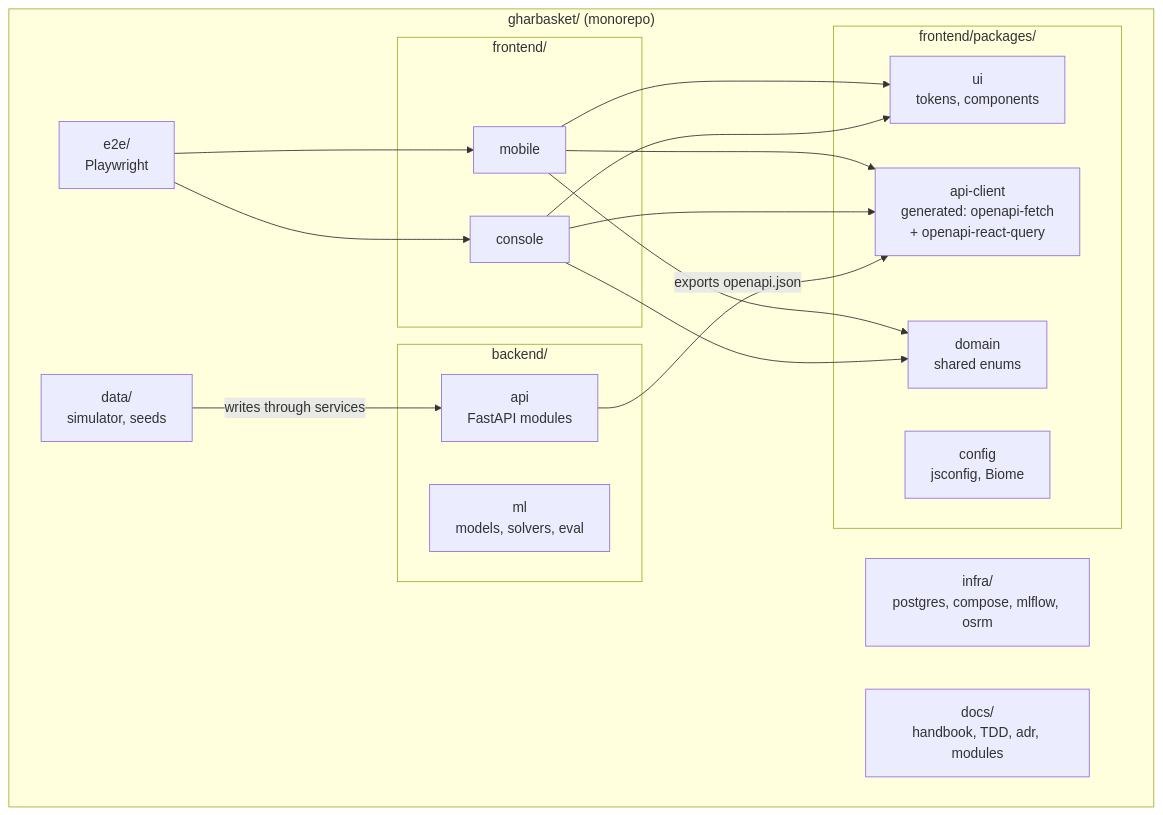
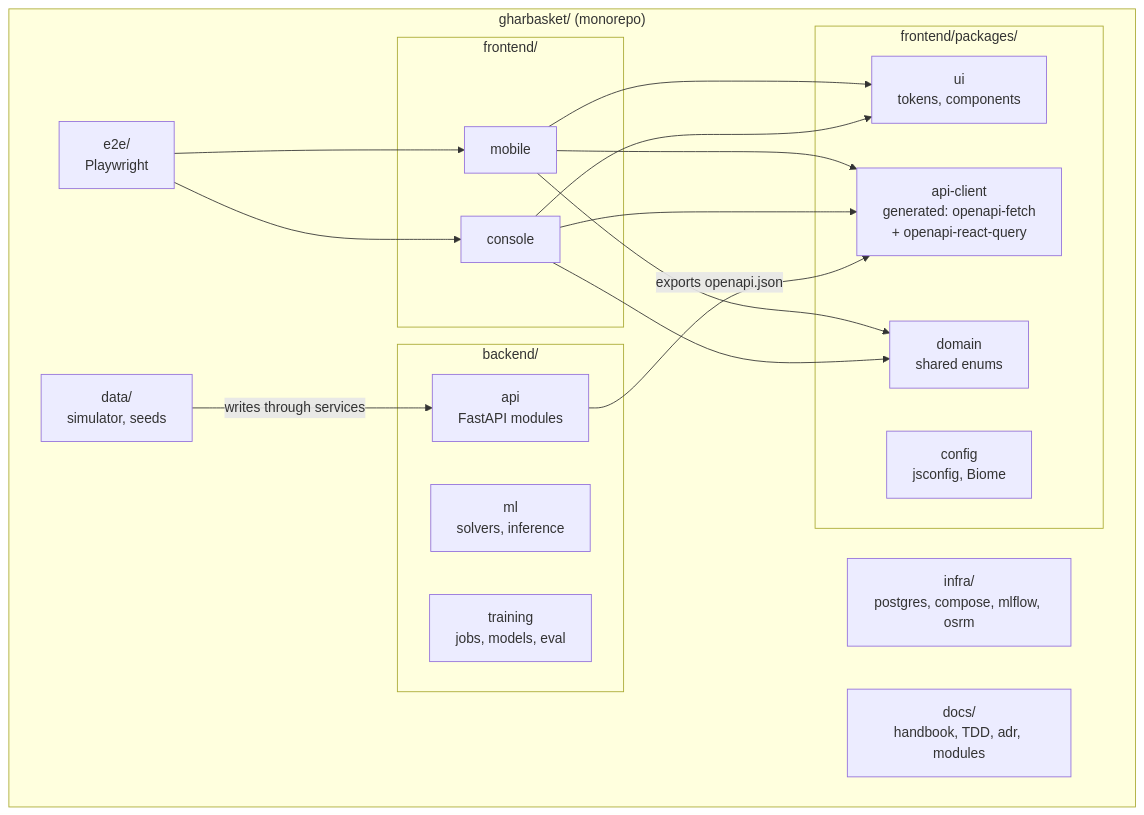
The fourth of 5 diagrams in docs/handbook/04-system-architecture.md (prelekar7/GharBasket), drawn with Mermaid before and after one commit. The commit also changed other lines of this file and 16 other files, not shown here.

````diff
--- a/docs/handbook/04-system-architecture.md
+++ b/docs/handbook/04-system-architecture.md
@@ -145,33 +145,34 @@
 ```mermaid
 flowchart TB
   subgraph REPO["gharbasket/ (monorepo)"]
     subgraph APPS["frontend/"]
       AM["mobile"]
       AC["console"]
     end
     subgraph PKGS["frontend/packages/"]
       PUI["ui<br/>tokens, components"]
       PAC["api-client<br/>generated: openapi-fetch<br/>+ openapi-react-query"]
       PDM["domain<br/>shared enums"]
       PCF["config<br/>jsconfig, Biome"]
     end
     subgraph SVC["backend/"]
       SAPI["api<br/>FastAPI modules"]
-      SML["ml<br/>models, solvers, eval"]
+      SML["ml<br/>solvers, inference"]
+      STR["training<br/>jobs, models, eval"]
     end
     DATA["data/<br/>simulator, seeds"]
     E2E["e2e/<br/>Playwright"]
     INFRA["infra/<br/>postgres, compose, mlflow, osrm"]
     DOCS["docs/<br/>handbook, TDD, adr, modules"]
   end
   AM --> PUI
   AM --> PAC
   AM --> PDM
   AC --> PUI
   AC --> PAC
   AC --> PDM
   SAPI -->|"exports openapi.json"| PAC
   DATA -->|"writes through services"| SAPI
   E2E --> AM
   E2E --> AC
 ```
````
